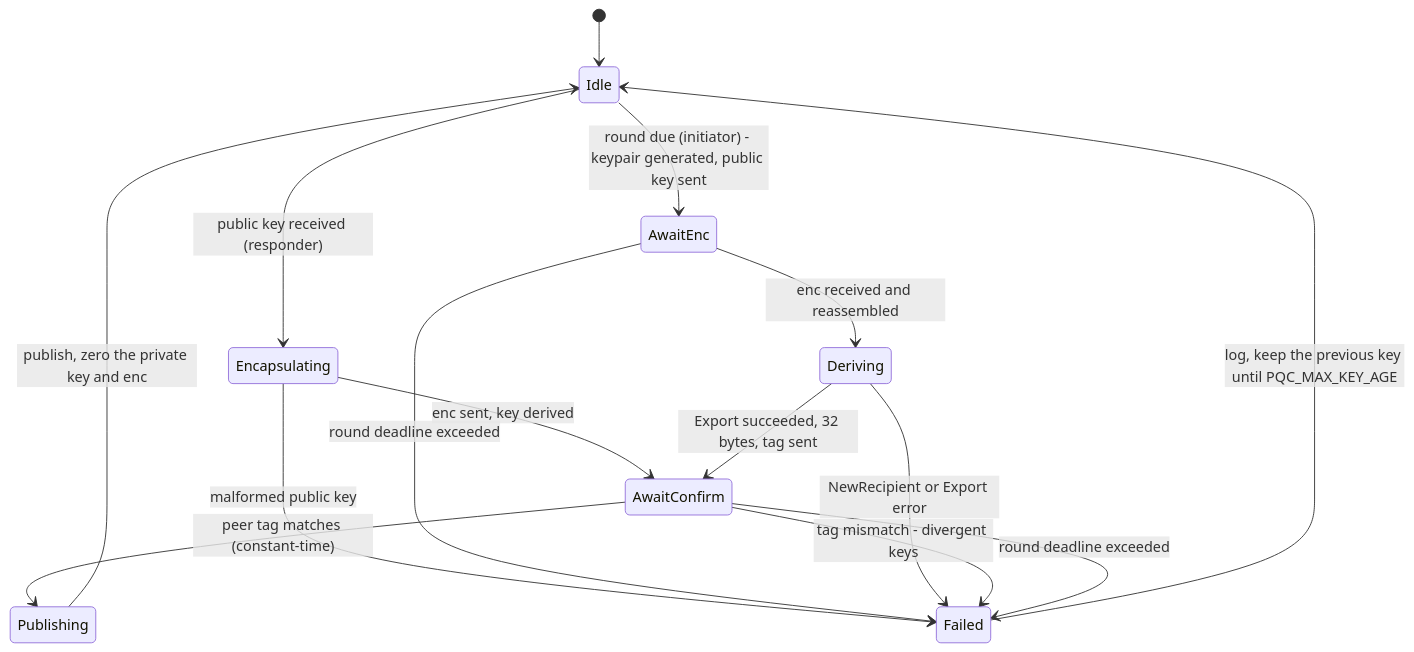
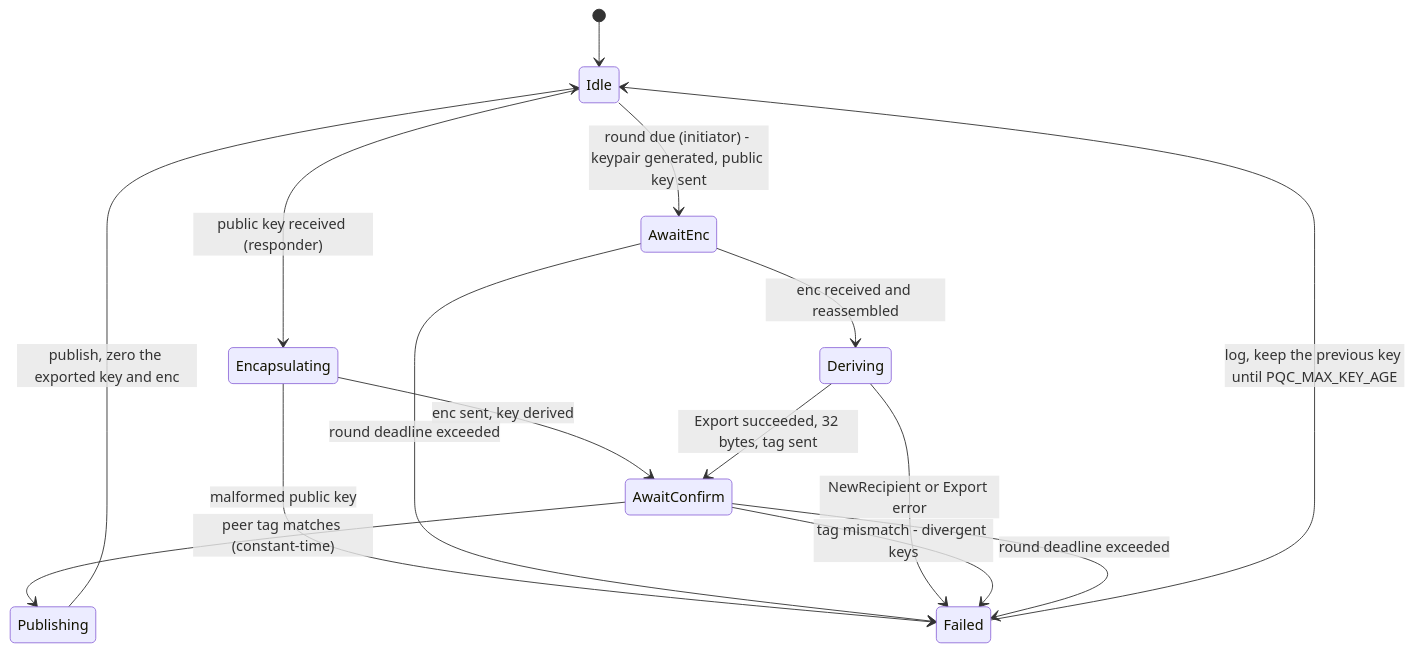
The second of 2 diagrams in CODEFLOW.md (arnika-project/arnika), drawn with Mermaid before and after one commit. The commit also changed other lines of this file and 13 other files, not shown here.

````diff
--- a/CODEFLOW.md
+++ b/CODEFLOW.md
@@ -108,17 +110,17 @@
 ```mermaid
 stateDiagram-v2
   [*] --> Idle
   Idle --> AwaitEnc: round due (initiator) - keypair generated, public key sent
   Idle --> Encapsulating: public key received (responder)
   Encapsulating --> AwaitConfirm: enc sent, key derived
   Encapsulating --> Failed: malformed public key
   AwaitEnc --> Deriving: enc received and reassembled
   AwaitEnc --> Failed: round deadline exceeded
   Deriving --> AwaitConfirm: Export succeeded, 32 bytes, tag sent
   Deriving --> Failed: NewRecipient or Export error
   AwaitConfirm --> Publishing: peer tag matches (constant-time)
   AwaitConfirm --> Failed: tag mismatch - divergent keys
   AwaitConfirm --> Failed: round deadline exceeded
-  Publishing --> Idle: publish, zero the private key and enc
+  Publishing --> Idle: publish, zero the exported key and enc
   Failed --> Idle: log, keep the previous key until PQC_MAX_KEY_AGE
 ```
````
